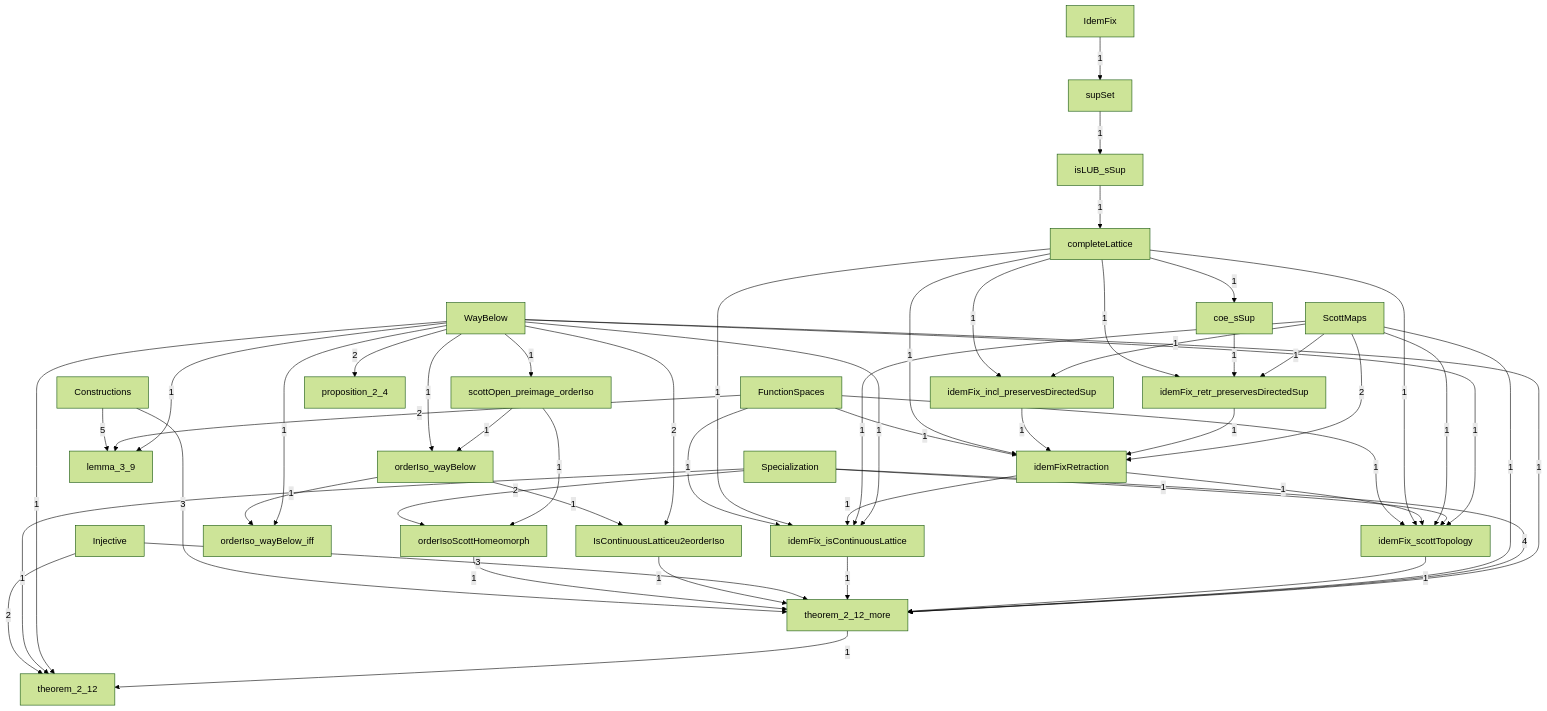
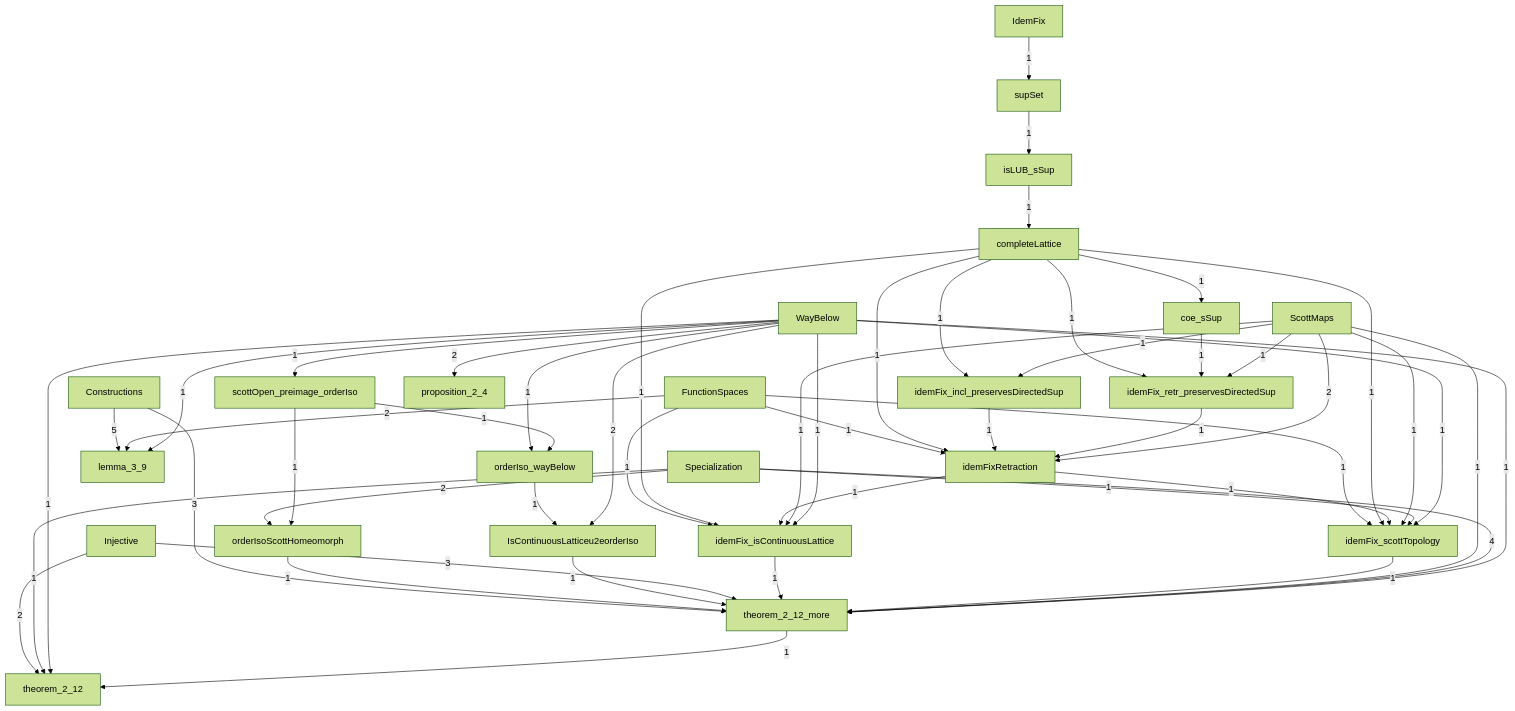
Before and after one commit to catskillsresearch/DomainTheory: the diagram in DomainTheory/ContinuousLattice/ContinuousLattices/ContinuousLattices.mermaid, drawn with Mermaid (forest theme). The commit also changed 28 other files, not shown here.

```diff
--- a/DomainTheory/ContinuousLattice/ContinuousLattices/ContinuousLattices.mermaid
+++ b/DomainTheory/ContinuousLattice/ContinuousLattices/ContinuousLattices.mermaid
@@ -1,85 +1,82 @@
 %% Inside ContinuousLattices. A box is one Lean file in this folder, or one subfolder.
 %% A box named as another folder is that whole folder. A box named as another chapter is that whole chapter.
 %% The arrowhead points at the file or folder that imports. The label is how many direct imports.
 flowchart TB
 
   N17["coe_sSup"]
   N16["completeLattice"]
   N0["Constructions"]
   N1["FunctionSpaces"]
   N6["IdemFix"]
   N18["idemFix_incl_preservesDirectedSup"]
   N21["idemFix_isContinuousLattice"]
   N19["idemFix_retr_preservesDirectedSup"]
   N22["idemFix_scottTopology"]
   N20["idemFixRetraction"]
   N2["Injective"]
   N12["IsContinuousLatticeu2eorderIso"]
   N15["isLUB_sSup"]
   N7["lemma_3_9"]
   N11["orderIso_wayBelow"]
-  N13["orderIso_wayBelow_iff"]
   N10["orderIsoScottHomeomorph"]
   N8["proposition_2_4"]
   N3["ScottMaps"]
   N9["scottOpen_preimage_orderIso"]
   N4["Specialization"]
   N14["supSet"]
   N26["theorem_2_12"]
   theorem_2_12_more["theorem_2_12_more"]
   N5["WayBelow"]
 
   N4 -->|"2"| N10
   N9 -->|"1"| N10
   N5 -->|"1"| N11
   N9 -->|"1"| N11
   N11 -->|"1"| N12
   N5 -->|"2"| N12
-  N11 -->|"1"| N13
-  N5 -->|"1"| N13
   N6 -->|"1"| N14
   N14 -->|"1"| N15
   N15 -->|"1"| N16
   N16 -->|"1"| N17
   N16 -->|"1"| N18
   N3 -->|"1"| N18
   N16 -->|"1"| N19
   N17 -->|"1"| N19
   N3 -->|"1"| N19
   N1 -->|"1"| N20
   N16 -->|"1"| N20
   N18 -->|"1"| N20
   N19 -->|"1"| N20
   N3 -->|"2"| N20
   N1 -->|"1"| N21
   N16 -->|"1"| N21
   N20 -->|"1"| N21
   N3 -->|"1"| N21
   N5 -->|"1"| N21
   N1 -->|"1"| N22
   N16 -->|"1"| N22
   N20 -->|"1"| N22
   N3 -->|"1"| N22
   N4 -->|"1"| N22
   N5 -->|"1"| N22
   N2 -->|"2"| N26
   N4 -->|"1"| N26
   N5 -->|"1"| N26
   theorem_2_12_more -->|"1"| N26
   N0 -->|"5"| N7
   N1 -->|"2"| N7
   N5 -->|"1"| N7
   N5 -->|"2"| N8
   N5 -->|"1"| N9
   N0 -->|"3"| theorem_2_12_more
   N10 -->|"1"| theorem_2_12_more
   N12 -->|"1"| theorem_2_12_more
   N2 -->|"3"| theorem_2_12_more
   N21 -->|"1"| theorem_2_12_more
   N22 -->|"1"| theorem_2_12_more
   N3 -->|"1"| theorem_2_12_more
   N4 -->|"4"| theorem_2_12_more
   N5 -->|"1"| theorem_2_12_more
 
   classDef file fill:#dbeafe,stroke:#1d4ed8,color:#1e3a8a
   classDef ext fill:#f3f4f6,stroke:#374151,color:#111827
```
